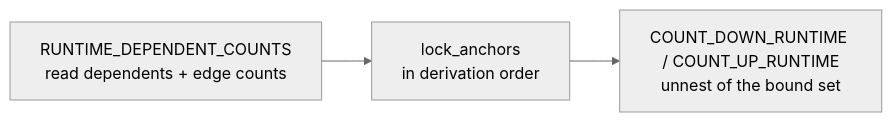
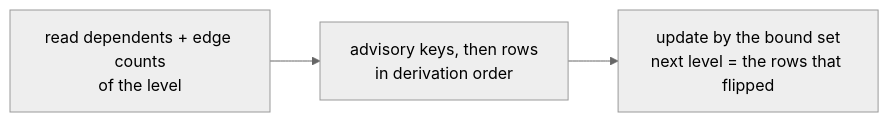
The second of 2 diagrams in docs/src/contributors/internals/graph-queries.md (wavelens/gradient), drawn with Mermaid (neutral theme) before and after one commit. The commit also changed other lines of this file and 2 other files, not shown here.

Commit message:
tests: fix: run ingest batches inside a transaction and replay the runtime ripple through its function

````diff
--- a/docs/src/contributors/internals/graph-queries.md
+++ b/docs/src/contributors/internals/graph-queries.md
@@ -64,5 +64,5 @@
 ```mermaid
 flowchart LR
-    a["RUNTIME_DEPENDENT_COUNTS<br/>read dependents + edge counts"] --> b["lock_anchors<br/>in derivation order"]
-    b --> c["COUNT_DOWN_RUNTIME / COUNT_UP_RUNTIME<br/>unnest of the bound set"]
+    a["read dependents + edge counts<br/>of the level"] --> b["advisory keys, then rows<br/>in derivation order"]
+    b --> c["update by the bound set<br/>next level = the rows that flipped"]
 ```
````
